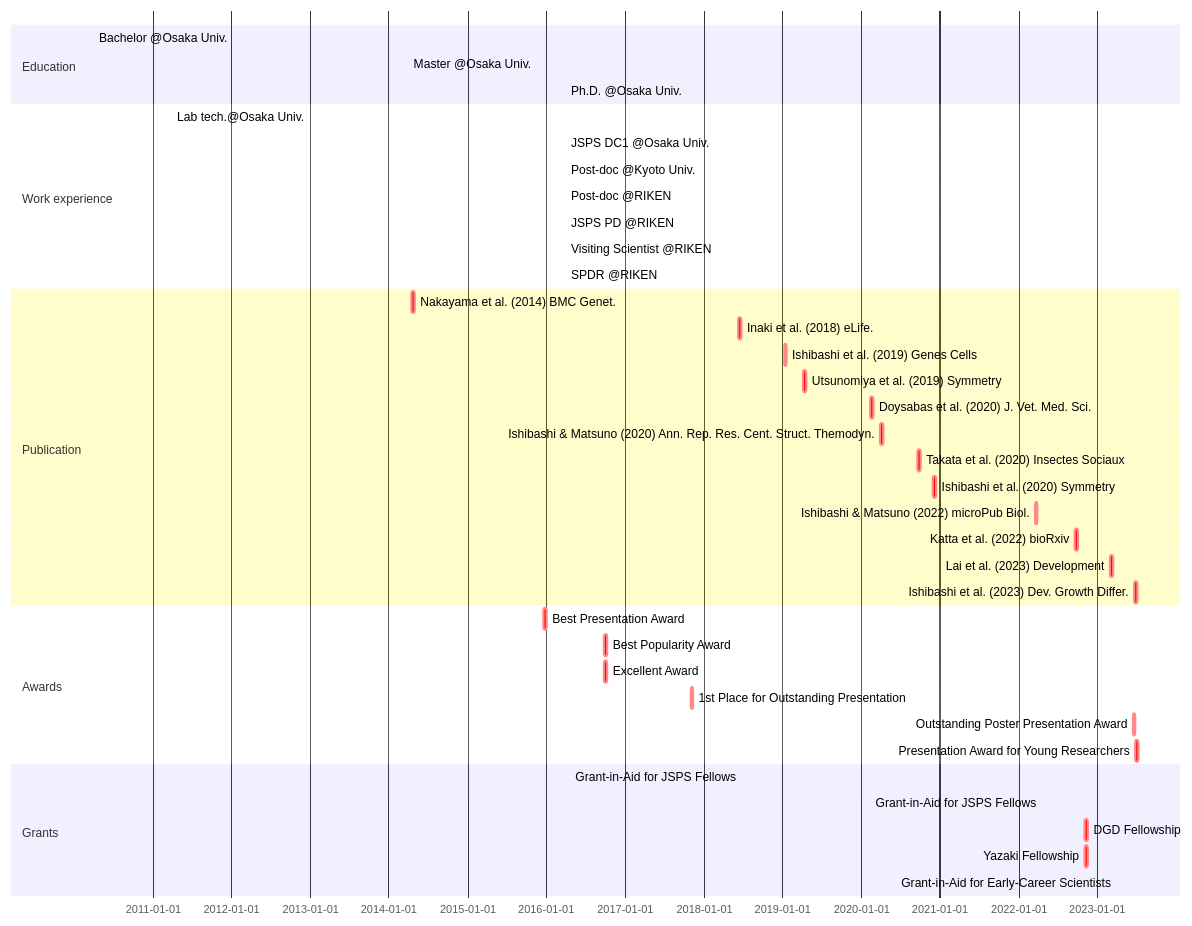
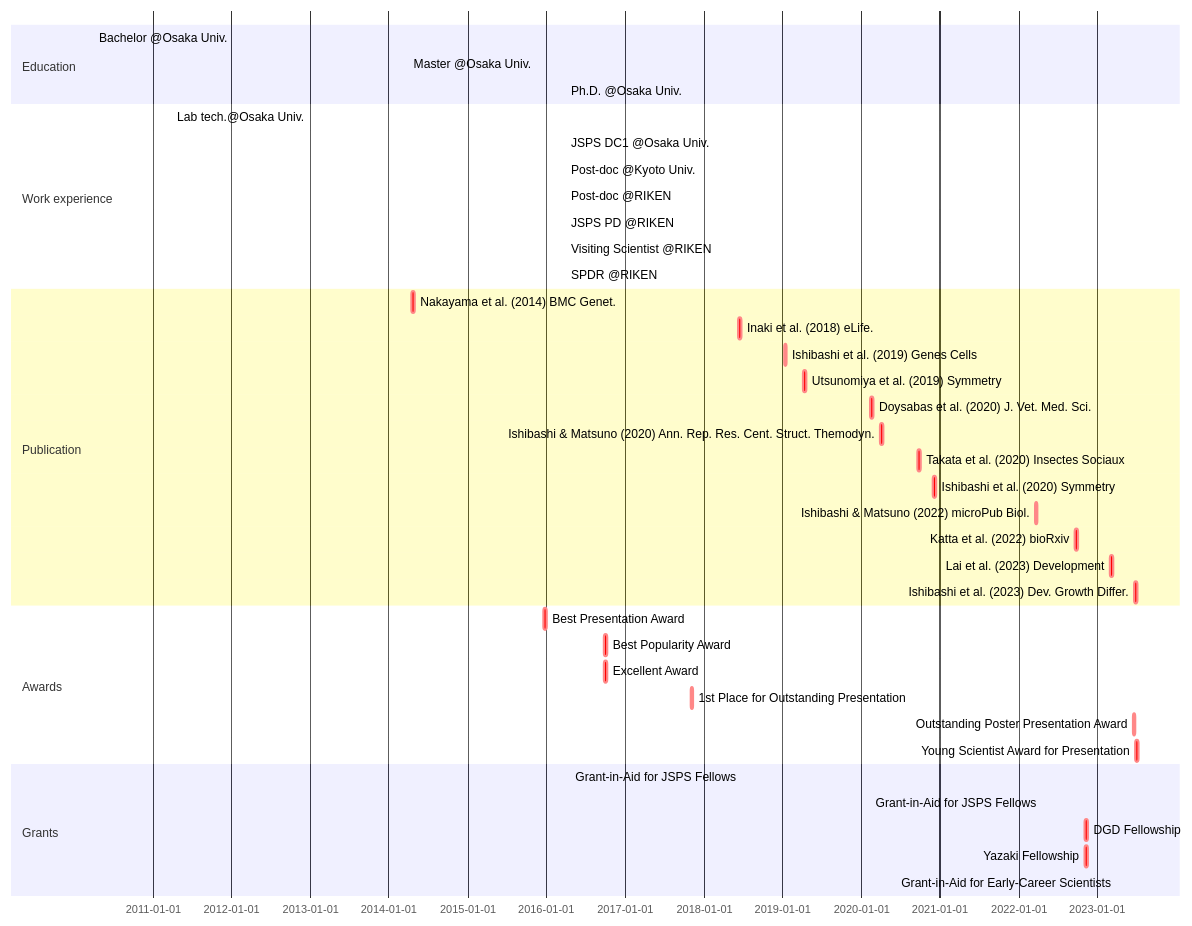
One commit to ishibaki/ishibaki.github.io changed the diagram in _includes/mermaid-cv.md. Above: the diagram before and after it, drawn with Mermaid.

````diff
--- a/_includes/mermaid-cv.md
+++ b/_includes/mermaid-cv.md
@@ -1,41 +1,41 @@
 ```mermaid
 gantt
 section Education
   Bachelor @Osaka Univ. : BS, 2010-04-01, 2014-03-25
   Master @Osaka Univ.   : MS, 2014-04-01, 2016-03-28
   Ph.D. @Osaka Univ.    : Ph.D., 2016-04-01, 2019-03-25
 section Work experience
   Lab tech.@Osaka Univ.     : done, OU-tech, 2011-04-01, 2012-03-31
   JSPS DC1 @Osaka Univ.     : done, DC1, 2016-04-01, 2019-03-31
   Post-doc @Kyoto Univ.     : done, KU-postdoc, after DC1, 2021-04-30
   Post-doc @RIKEN           : done, RIKEN-postdoc, after KU-postdoc, 2022-03-31
   JSPS PD @RIKEN            : done, PD, after RIKEN-postdoc, 2023-03-31
   Visiting Scientist @RIKEN : done, Visit-Sci, after RIKEN-postdoc, 2023-03-31
   SPDR @RIKEN               : active, SPDR, after PD, 2026-03-31
 section Publication
   Nakayama et al. (2014) BMC Genet.           : crit, nakayama2014, 2014-04-16, 2w
   Inaki et al. (2018) eLife.                  : crit, inaki2018, 2018-06-12, 2w
   Ishibashi et al. (2019) Genes Cells         : crit, ishibashi2019, 2019-01-09, 2w
   Utsunomiya et al. (2019) Symmetry           : crit, utsunomiya2019, 2019-04-08, 2w
   Doysabas et al. (2020) J. Vet. Med. Sci.    : crit, doysabas2020, 2020-02-12, 2w
   Ishibashi & Matsuno (2020) Ann. Rep. Res. Cent. Struct. Themodyn. : crit, ishibashi2020a, 2020-04-01, 2w
   Takata et al. (2020) Insectes Sociaux       : crit, takata2020, 2020-09-22, 2w
   Ishibashi et al. (2020) Symmetry            : crit, ishibashi2020b, 2020-12-02, 2w
   Ishibashi & Matsuno (2022) microPub Biol.   : crit, ishibashi2022, 2022-03-18, 2w
   Katta et al. (2022) bioRxiv                 : crit, katta2022, 2022-09-22, 2w
   Lai et al. (2023) Development               : crit, lai2023, 2023-03-02, 2w
   Ishibashi et al. (2023) Dev. Growth Differ. : crit, ishibashi2023, 2023-06-25, 2w 
 section Awards
   Best Presentation Award                  : crit, aw_1, 2015-12-20, 2w
   Best Popularity Award                    : crit, aw_2, 2016-09-25, 2w
   Excellent Award                          : crit, aw_3, 2016-09-25, 2w
   1st Place for Outstanding Presentation   : crit, aw_4, 2017-11-01, 2w
   Outstanding Poster Presentation Award    : crit, aw_5, 2023-06-15, 2w
-  Presentation Award for Young Researchers : crit, aw_6, 2023-06-29, 2w
+  Young Scientist Award for Presentation   : crit, aw_6, 2023-06-29, 2w
 section Grants
   Grant-in-Aid for JSPS Fellows : done, grant_DC1, 2016-04-22, 2019-03-31
   Grant-in-Aid for JSPS Fellows : active, grant_PD, 2022-04-22, 2025-03-31
   DGD Fellowship:                 crit, dgd_fellowship, 2022-11-04, 2w
   Yazaki Fellowship:              crit, yazaki_fellowship, 2022-11-04, 2w
   Grant-in-Aid for Early-Career Scientists : active, grant_ecs2023, 2023-04-01, 2026-03-31
 ```
````
